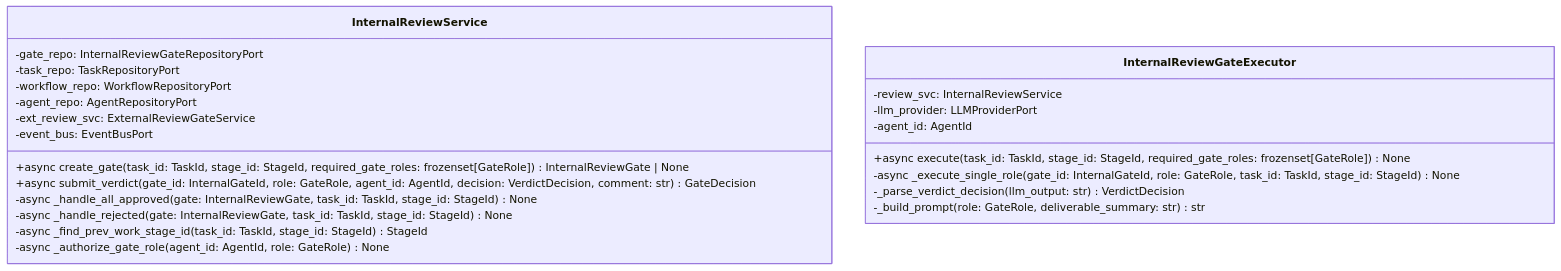
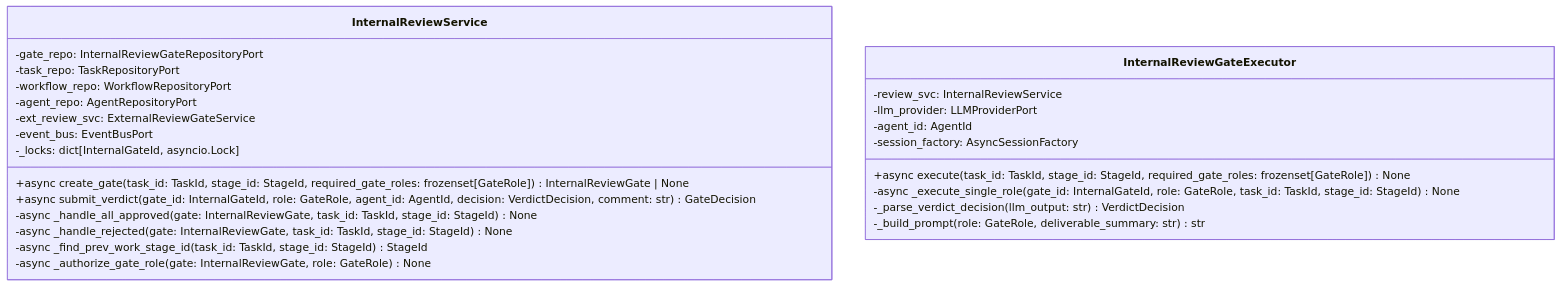
Before and after one commit to bakufu-dev/bakufu: the diagram in docs/features/internal-review-gate/application/detailed-design.md, drawn with Mermaid. The commit also changed other lines of this file and 1 other file, not shown here.

````diff
--- a/docs/features/internal-review-gate/application/detailed-design.md
+++ b/docs/features/internal-review-gate/application/detailed-design.md
@@ -26,26 +26,28 @@
 ```mermaid
 classDiagram
     class InternalReviewService {
         -gate_repo: InternalReviewGateRepositoryPort
         -task_repo: TaskRepositoryPort
         -workflow_repo: WorkflowRepositoryPort
         -agent_repo: AgentRepositoryPort
         -ext_review_svc: ExternalReviewGateService
         -event_bus: EventBusPort
+        -_locks: dict[InternalGateId, asyncio.Lock]
         +async create_gate(task_id: TaskId, stage_id: StageId, required_gate_roles: frozenset[GateRole]) InternalReviewGate | None
         +async submit_verdict(gate_id: InternalGateId, role: GateRole, agent_id: AgentId, decision: VerdictDecision, comment: str) GateDecision
         -async _handle_all_approved(gate: InternalReviewGate, task_id: TaskId, stage_id: StageId) None
         -async _handle_rejected(gate: InternalReviewGate, task_id: TaskId, stage_id: StageId) None
         -async _find_prev_work_stage_id(task_id: TaskId, stage_id: StageId) StageId
-        -async _authorize_gate_role(agent_id: AgentId, role: GateRole) None
+        -async _authorize_gate_role(gate: InternalReviewGate, role: GateRole) None
     }
     class InternalReviewGateExecutor {
         -review_svc: InternalReviewService
         -llm_provider: LLMProviderPort
         -agent_id: AgentId
+        -session_factory: AsyncSessionFactory
         +async execute(task_id: TaskId, stage_id: StageId, required_gate_roles: frozenset[GateRole]) None
         -async _execute_single_role(gate_id: InternalGateId, role: GateRole, task_id: TaskId, stage_id: StageId) None
         -_parse_verdict_decision(llm_output: str) VerdictDecision
         -_build_prompt(role: GateRole, deliverable_summary: str) str
     }
 ```
````
